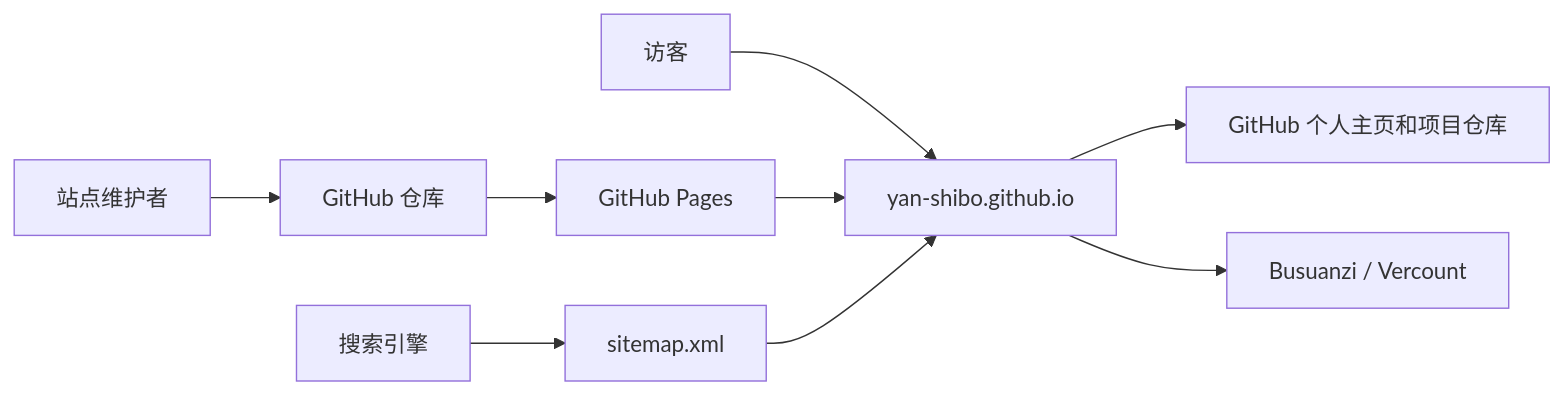
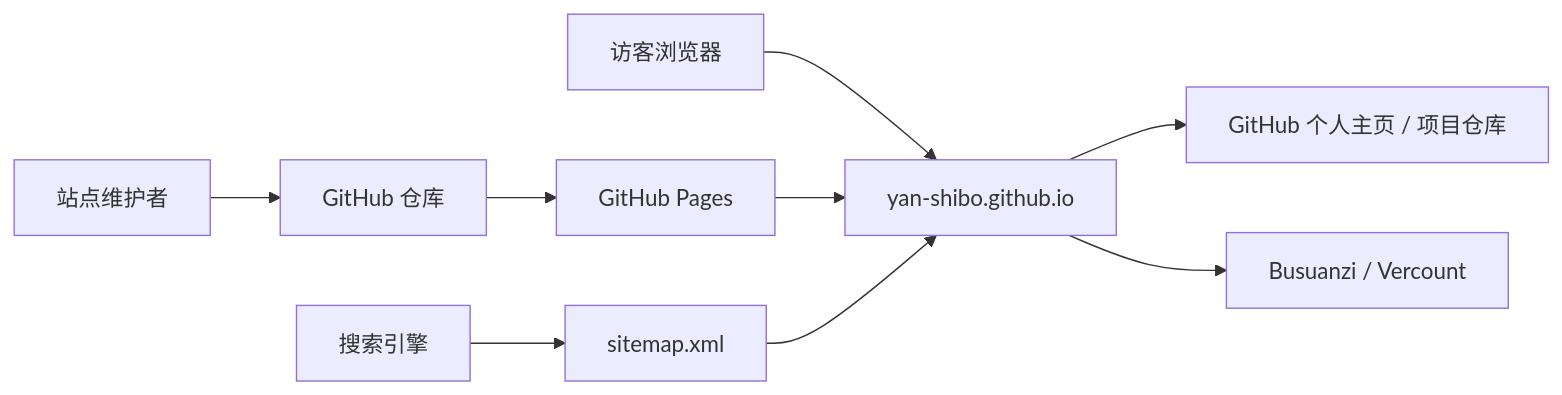
One commit to Yan-ShiBo/Yan-ShiBo.github.io changed the second of 5 diagrams in docs/design/architecture.md. Above: the diagram before and after it, drawn with Mermaid. The commit also changed other lines of this file and 7 other files, not shown here.

````diff
--- a/docs/design/architecture.md
+++ b/docs/design/architecture.md
@@ -60,11 +103,11 @@
 ```mermaid
 flowchart LR
-  Visitor["访客"] --> Site["yan-shibo.github.io"]
+  Visitor["访客浏览器"] --> Site["yan-shibo.github.io"]
   Owner["站点维护者"] --> Repo["GitHub 仓库"]
   Repo --> Pages["GitHub Pages"]
   Pages --> Site
-  Site --> GitHubProfile["GitHub 个人主页和项目仓库"]
+  Site --> GitHubProfile["GitHub 个人主页 / 项目仓库"]
   Site --> CounterServices["Busuanzi / Vercount"]
   SearchEngine["搜索引擎"] --> Sitemap["sitemap.xml"]
   Sitemap --> Site
 ```
````
